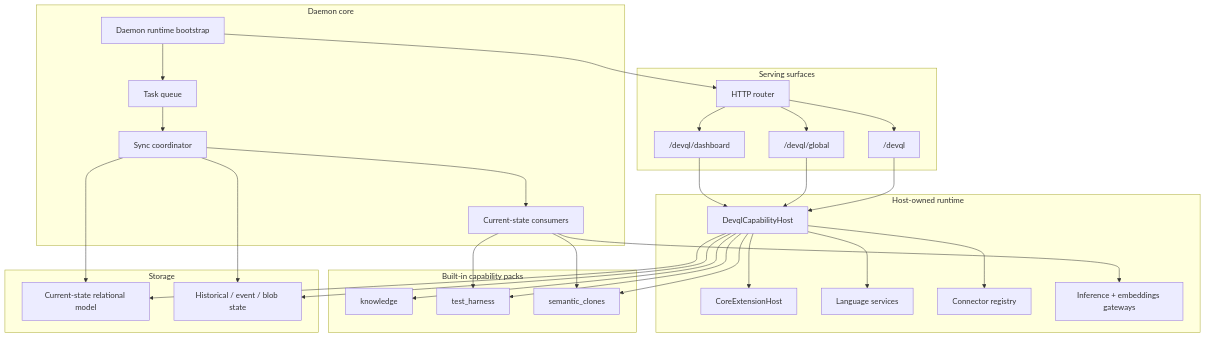
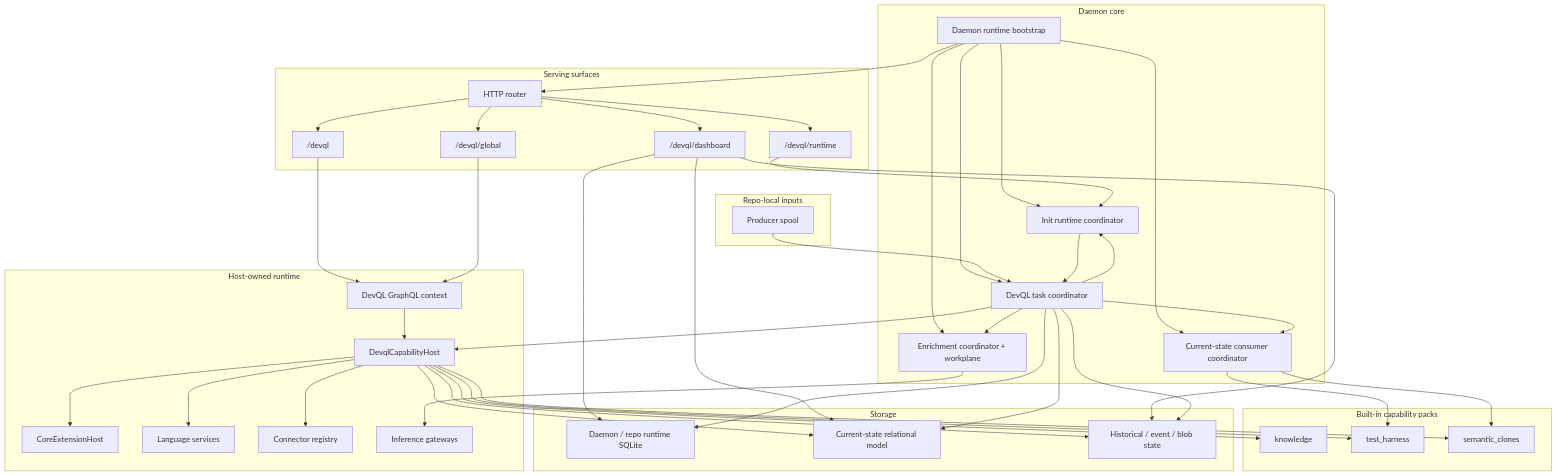
The diagram in documentation/contributors/architecture/diagrams/04-daemon-and-devql-components.md (bitloops/bitloops), drawn with Mermaid before and after one commit. The commit also changed other lines of this file and 4 other files, not shown here.

Commit message:
refactor: update architecture diagrams to clarify producer spool and task coordination

````diff
--- a/documentation/contributors/architecture/diagrams/04-daemon-and-devql-components.md
+++ b/documentation/contributors/architecture/diagrams/04-daemon-and-devql-components.md
@@ -10,22 +10,29 @@
         Router["HTTP router"]
         Slim["/devql"]
         Global["/devql/global"]
+        Runtime["/devql/runtime"]
         Dashboard["/devql/dashboard"]
+    end
+
+    subgraph Inputs["Repo-local inputs"]
+        Spool["Producer spool"]
     end
 
     subgraph Core["Daemon core"]
         Bootstrap["Daemon runtime bootstrap"]
-        Queue["Task queue"]
-        Sync["Sync coordinator"]
-        Consumers["Current-state consumers"]
+        Tasks["DevQL task coordinator"]
+        Consumers["Current-state consumer coordinator"]
+        Enrichment["Enrichment coordinator + workplane"]
+        Init["Init runtime coordinator"]
     end
 
     subgraph Host["Host-owned runtime"]
+        GraphqlCtx["DevQL GraphQL context"]
         CapabilityHost["DevqlCapabilityHost"]
         ExtensionHost["CoreExtensionHost"]
         Languages["Language services"]
         Connectors["Connector registry"]
-        Inference["Inference + embeddings gateways"]
+        Inference["Inference gateways"]
     end
 
     subgraph Packs["Built-in capability packs"]
@@ -35,20 +42,39 @@
     end
 
     subgraph Storage["Storage"]
+        RuntimeState["Daemon / repo runtime SQLite"]
         Current["Current-state relational model"]
         History["Historical / event / blob state"]
     end
 
     Bootstrap --> Router
-    Bootstrap --> Queue
+    Bootstrap --> Tasks
+    Bootstrap --> Consumers
+    Bootstrap --> Enrichment
+    Bootstrap --> Init
 
     Router --> Slim
     Router --> Global
+    Router --> Runtime
     Router --> Dashboard
 
-    Slim --> CapabilityHost
-    Global --> CapabilityHost
-    Dashboard --> CapabilityHost
+    Slim --> GraphqlCtx
+    Global --> GraphqlCtx
+    GraphqlCtx --> CapabilityHost
+    Runtime --> Init
+    Dashboard --> RuntimeState
+    Dashboard --> Current
+    Dashboard --> History
+
+    Spool --> Tasks
+    Init --> Tasks
+    Tasks --> Init
+    Tasks --> CapabilityHost
+    Tasks --> RuntimeState
+    Tasks --> Current
+    Tasks --> History
+    Tasks --> Consumers
+    Tasks --> Enrichment
 
     CapabilityHost --> ExtensionHost
     CapabilityHost --> Languages
@@ -59,12 +85,7 @@
     CapabilityHost --> Current
     CapabilityHost --> History
 
-    Queue --> Sync
-    Sync --> Current
-    Sync --> History
-    Sync --> Consumers
-
     Consumers --> Tests
     Consumers --> Clones
-    Consumers --> Inference
+    Enrichment --> Inference
 ```
````
